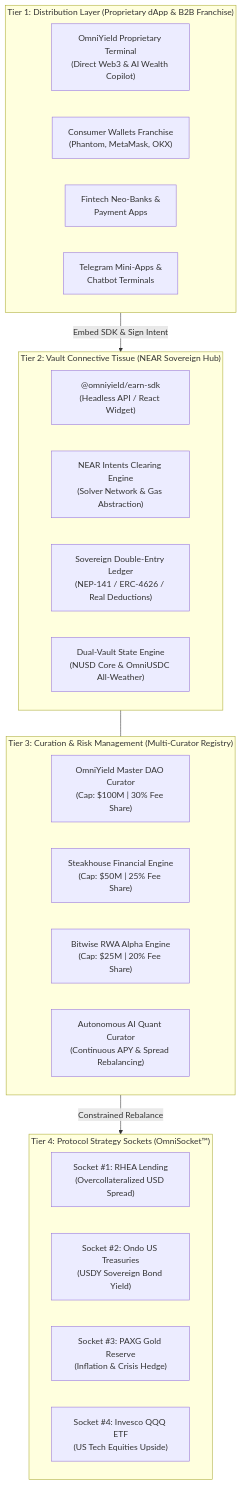
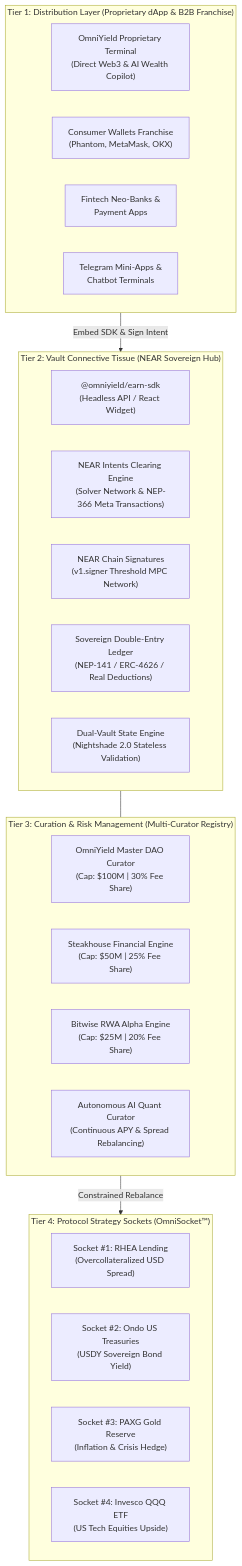
One commit to GOSUN-CAPITAL/omniyield-protocol changed the first of 2 diagrams in docs/WHITEPAPER.md. Above: the diagram before and after it, drawn with Mermaid. The commit also changed other lines of this file and 1 other file, not shown here.

Commit message:
feat(standards): align transaction engine and whitepaper with NEP-366 meta transactions, chain signatures, and nightshade 2.0

````diff
--- a/docs/WHITEPAPER.md
+++ b/docs/WHITEPAPER.md
@@ -78,34 +78,35 @@
 ```mermaid
 flowchart TD
     subgraph Tier1 ["Tier 1: Distribution Layer (Proprietary dApp & B2B Franchise)"]
         D1["OmniYield Proprietary Terminal\n(Direct Web3 & AI Wealth Copilot)"]
         D2["Consumer Wallets Franchise\n(Phantom, MetaMask, OKX)"]
         D3["Fintech Neo-Banks &\nPayment Apps"]
         D4["Telegram Mini-Apps &\nChatbot Terminals"]
     end
 
     subgraph Tier2 ["Tier 2: Vault Connective Tissue (NEAR Sovereign Hub)"]
         SDK["@omniyield/earn-sdk\n(Headless API / React Widget)"]
-        Intents["NEAR Intents Clearing Engine\n(Solver Network & Gas Abstraction)"]
+        Intents["NEAR Intents Clearing Engine\n(Solver Network & NEP-366 Meta Transactions)"]
+        MPC["NEAR Chain Signatures\n(v1.signer Threshold MPC Network)"]
         Ledger["Sovereign Double-Entry Ledger\n(NEP-141 / ERC-4626 / Real Deductions)"]
-        DualVault["Dual-Vault State Engine\n(NUSD Core & OmniUSDC All-Weather)"]
+        DualVault["Dual-Vault State Engine\n(Nightshade 2.0 Stateless Validation)"]
     end
 
     subgraph Tier3 ["Tier 3: Curation & Risk Management (Multi-Curator Registry)"]
         C1["OmniYield Master DAO Curator\n(Cap: $100M | 30% Fee Share)"]
         C2["Steakhouse Financial Engine\n(Cap: $50M | 25% Fee Share)"]
         C3["Bitwise RWA Alpha Engine\n(Cap: $25M | 20% Fee Share)"]
         C4["Autonomous AI Quant Curator\n(Continuous APY & Spread Rebalancing)"]
     end
 
     subgraph Tier4 ["Tier 4: Protocol Strategy Sockets (OmniSocket™)"]
         S1["Socket #1: RHEA Lending\n(Overcollateralized USD Spread)"]
         S2["Socket #2: Ondo US Treasuries\n(USDY Sovereign Bond Yield)"]
         S3["Socket #3: PAXG Gold Reserve\n(Inflation & Crisis Hedge)"]
         S4["Socket #4: Invesco QQQ ETF\n(US Tech Equities Upside)"]
     end
 
     Tier1 -->|Embed SDK & Sign Intent| Tier2
     Tier2 --- Tier3
     Tier3 -->|Constrained Rebalance| Tier4
 ```
````
